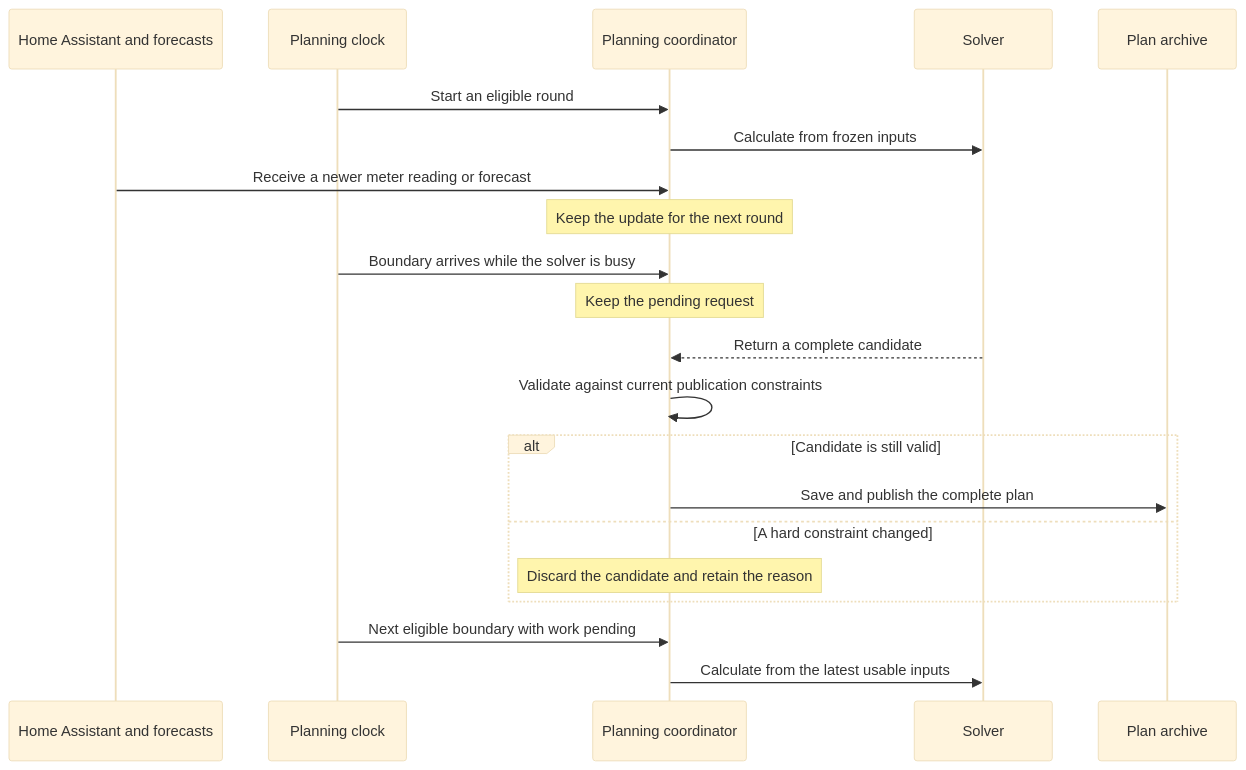
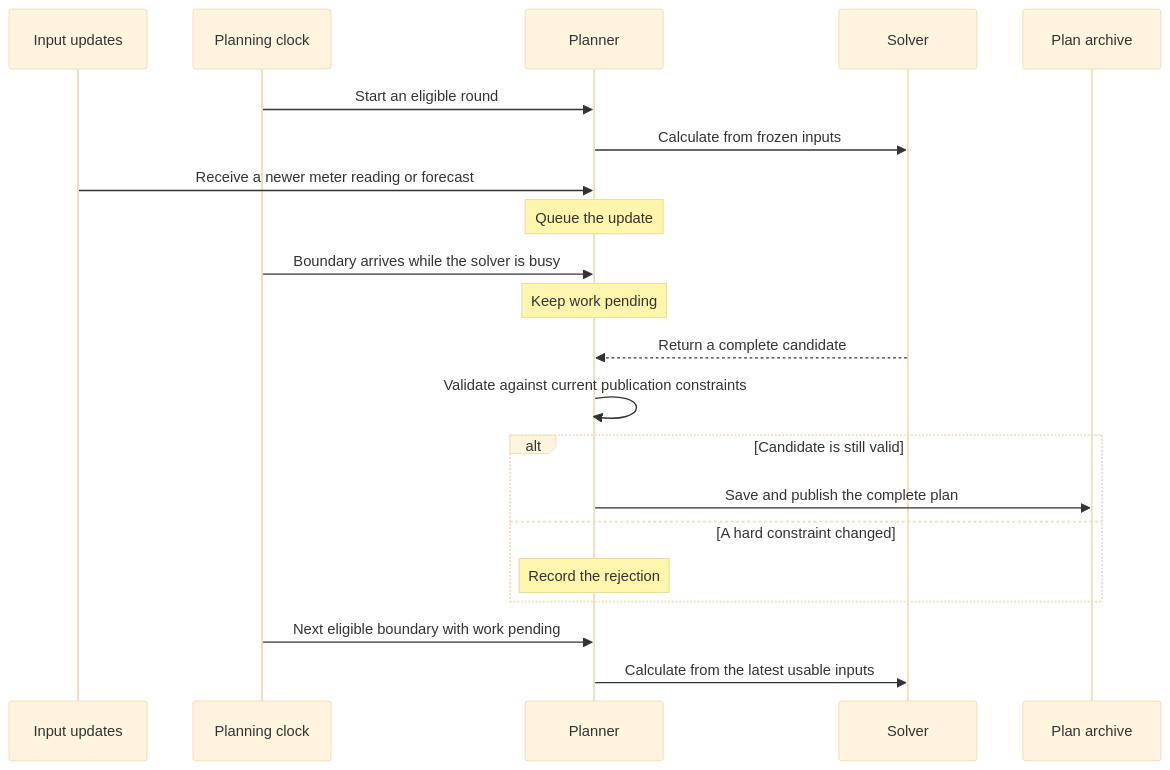
Before and after one commit to patrickvorgers/open-energy-planner: the diagram in docs/development/EMS-VISUALIZATION.md, drawn with Mermaid (base theme). The commit also changed 11 other files, not shown here.

Commit message:
docs: keep sequence labels concise

````diff
--- a/docs/development/EMS-VISUALIZATION.md
+++ b/docs/development/EMS-VISUALIZATION.md
@@ -309,23 +309,23 @@
 ```mermaid
 sequenceDiagram
-    participant Inputs as Home Assistant and forecasts
+    participant Inputs as Input updates
     participant Clock as Planning clock
-    participant Planner as Planning coordinator
+    participant Planner
     participant Solver
     participant Archive as Plan archive
     Clock->>Planner: Start an eligible round
     Planner->>Solver: Calculate from frozen inputs
     Inputs->>Planner: Receive a newer meter reading or forecast
-    Note over Planner: Keep the update for the next round
+    Note over Planner: Queue the update
     Clock->>Planner: Boundary arrives while the solver is busy
-    Note over Planner: Keep the pending request
+    Note over Planner: Keep work pending
     Solver-->>Planner: Return a complete candidate
     Planner->>Planner: Validate against current publication constraints
     alt Candidate is still valid
         Planner->>Archive: Save and publish the complete plan
     else A hard constraint changed
-        Note over Planner: Discard the candidate and retain the reason
+        Note over Planner: Record the rejection
     end
     Clock->>Planner: Next eligible boundary with work pending
     Planner->>Solver: Calculate from the latest usable inputs
 ```
````
